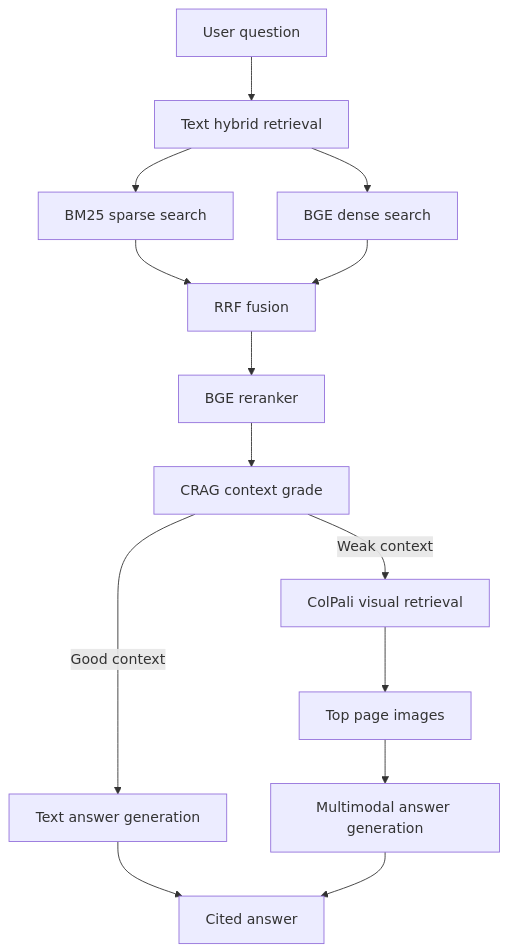
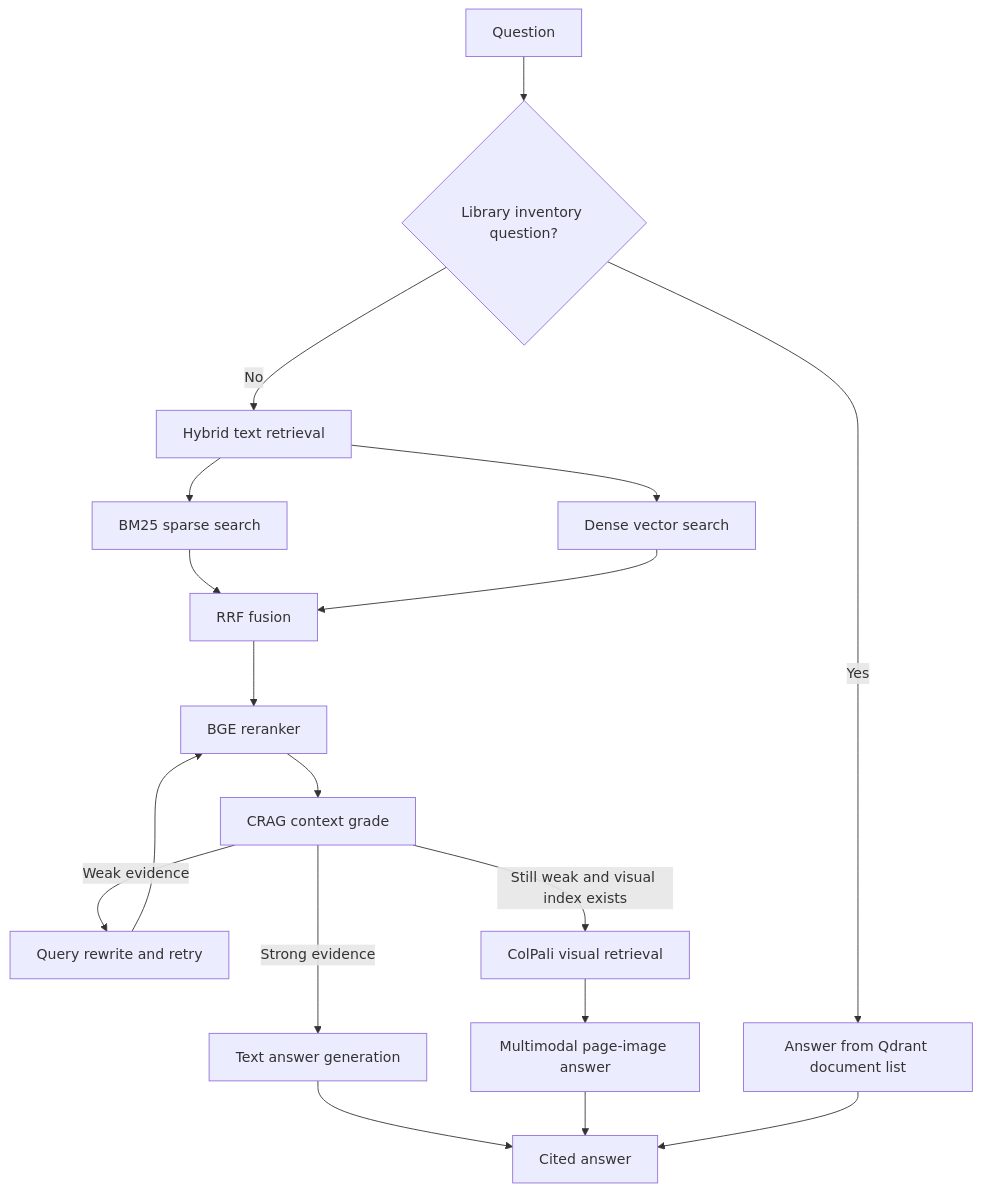
Before and after one commit to charan-x16/Retriva: the second of 2 diagrams in README.md, drawn with Mermaid. The commit also changed other lines of this file and 14 other files, not shown here.

````diff
--- a/README.md
+++ b/README.md
@@ -72,18 +97,23 @@
 ```mermaid
 flowchart TD
-    A[User question] --> B[Text hybrid retrieval]
-    B --> C[BM25 sparse search]
-    B --> D[BGE dense search]
-    C --> E[RRF fusion]
-    D --> E
-    E --> F[BGE reranker]
-    F --> G[CRAG context grade]
+    Q[Question] --> L{Library inventory question?}
+    L -->|Yes| DOCS[Answer from Qdrant document list]
+    L -->|No| H[Hybrid text retrieval]
 
-    G -->|Good context| H[Text answer generation]
-    G -->|Weak context| I[ColPali visual retrieval]
-    I --> J[Top page images]
-    J --> K[Multimodal answer generation]
+    H --> B[BM25 sparse search]
+    H --> D[Dense vector search]
+    B --> RRF[RRF fusion]
+    D --> RRF
+    RRF --> RR[BGE reranker]
+    RR --> G[CRAG context grade]
 
-    H --> L[Cited answer]
-    K --> L
+    G -->|Strong evidence| AT[Text answer generation]
+    G -->|Weak evidence| W[Query rewrite and retry]
+    W --> RR
+    G -->|Still weak and visual index exists| CV[ColPali visual retrieval]
+    CV --> VM[Multimodal page-image answer]
+
+    AT --> OUT[Cited answer]
+    VM --> OUT
+    DOCS --> OUT
 ```
````
